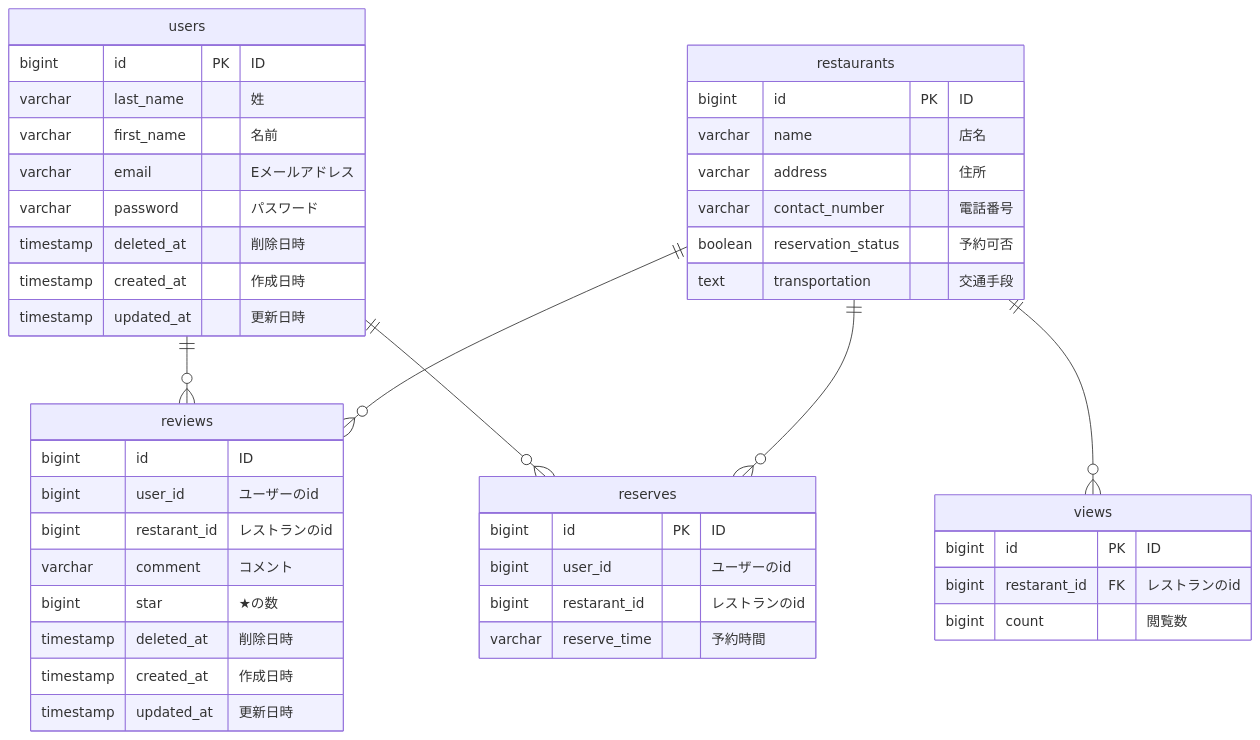
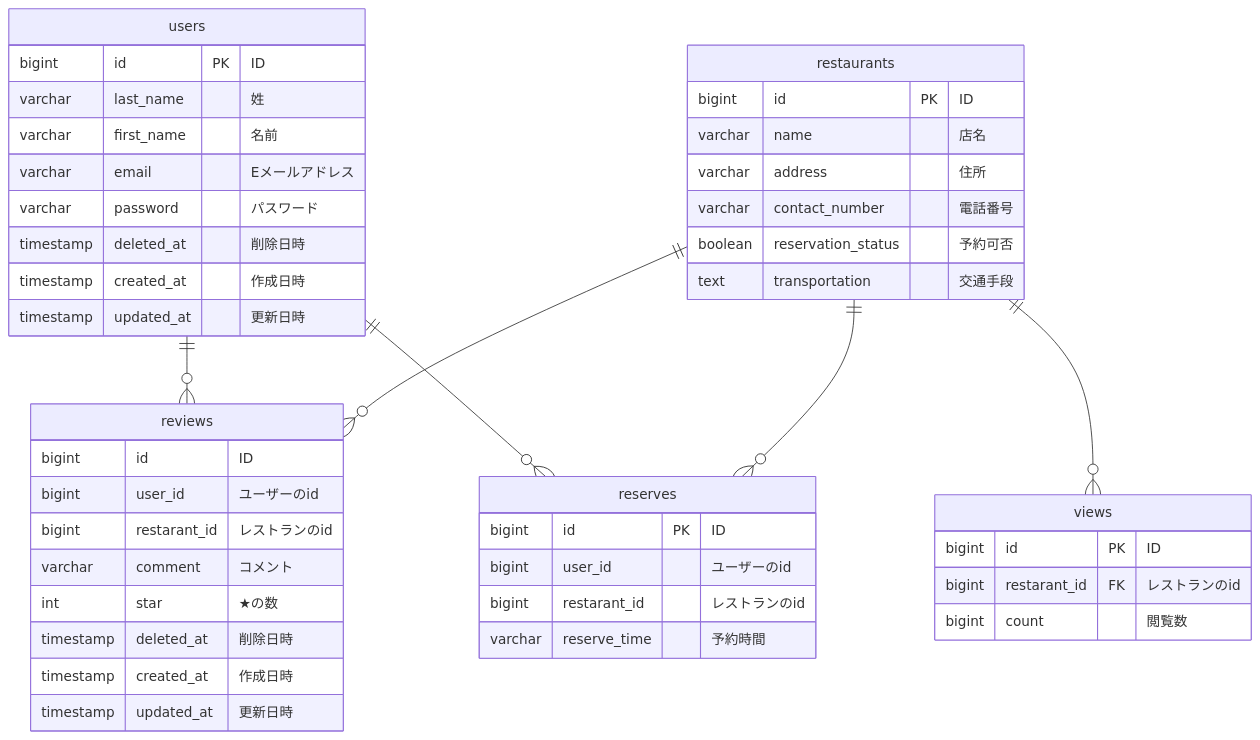
The diagram in kinoshita/practice-erd/tabelog/ER図.md (StoryEdutech/study_repo), drawn with Mermaid before and after one commit.

Commit message:
reviewsテーブル修正

````diff
--- a/kinoshita/practice-erd/tabelog/ER図.md
+++ b/kinoshita/practice-erd/tabelog/ER図.md
@@ -1,54 +1,54 @@
 ```mermaid
 erDiagram
     users ||--o{ reviews : ""
     users ||--o{ reserves : ""
 
     restaurants ||--o{ reviews : ""
     restaurants ||--o{ views : ""
     restaurants ||--o{ reserves : ""
 
     users {
       bigint id PK "ID"
       varchar last_name "姓"
       varchar first_name "名前"
       varchar email "Eメールアドレス"
       varchar password "パスワード"
       timestamp deleted_at "削除日時"
       timestamp created_at "作成日時"
       timestamp updated_at "更新日時"
     }
 
     restaurants {
       bigint id PK "ID"
       varchar name "店名"
       varchar address "住所"
       varchar contact_number "電話番号"
       boolean reservation_status "予約可否"
       text transportation "交通手段"
     }
 
     views {
       bigint id PK "ID"
       bigint restarant_id FK "レストランのid"
       bigint count "閲覧数"
     }
 
     reviews {
       bigint id "ID"
       bigint user_id "ユーザーのid"
       bigint restarant_id "レストランのid"
       varchar comment "コメント"
-      bigint star "★の数"
+      int star "★の数"
       timestamp deleted_at "削除日時"
       timestamp created_at "作成日時"
       timestamp updated_at "更新日時"
     }
 
     reserves {
       bigint id PK "ID"
       bigint user_id "ユーザーのid"
       bigint restarant_id "レストランのid"
       varchar reserve_time "予約時間"
     }
 
 ```
````
